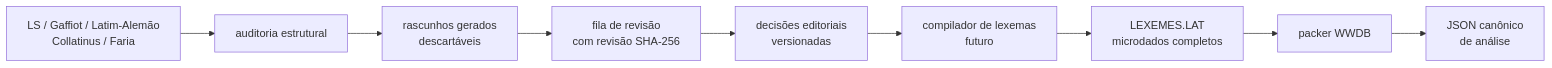
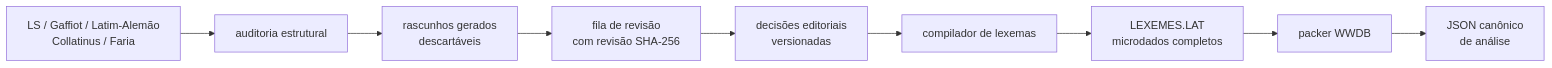
One commit to Fabio3rs/WordsWASM changed the diagram in whitakers-words/docs/revisao-editorial-lexemas.md. Above: the diagram before and after it, drawn with Mermaid. The commit also changed other lines of this file and 24 other files, not shown here.

````diff
--- a/whitakers-words/docs/revisao-editorial-lexemas.md
+++ b/whitakers-words/docs/revisao-editorial-lexemas.md
@@ -22,11 +28,11 @@
 ```mermaid
 flowchart LR
     S[LS / Gaffiot / Latim-Alemão\nCollatinus / Faria] --> A[auditoria estrutural]
     A --> D[rascunhos gerados\ndescartáveis]
     D --> Q[fila de revisão\ncom revisão SHA-256]
     Q --> H[decisões editoriais\nversionadas]
-    H --> C[compilador de lexemas\nfuturo]
+    H --> C[compilador de lexemas]
     C --> L[LEXEMES.LAT\nmicrodados completos]
     L --> P[packer WWDB]
     P --> R[JSON canônico\nde análise]
 ```
````
